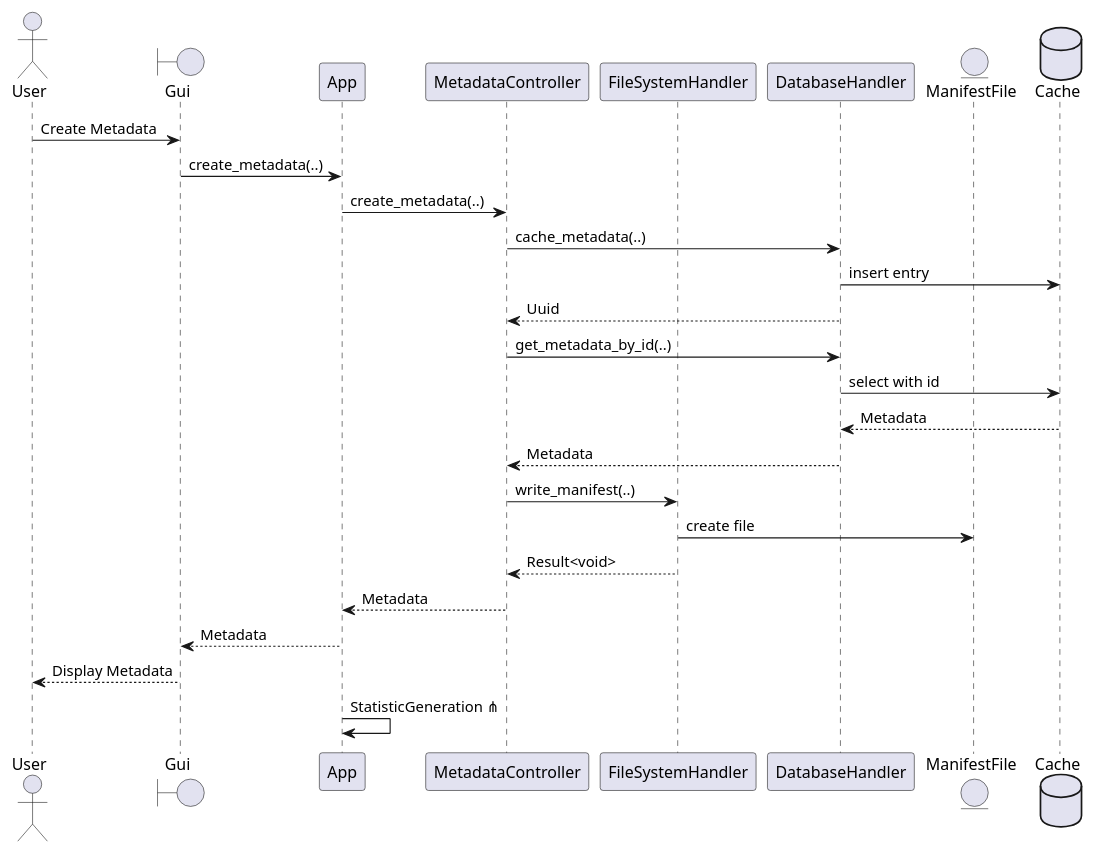
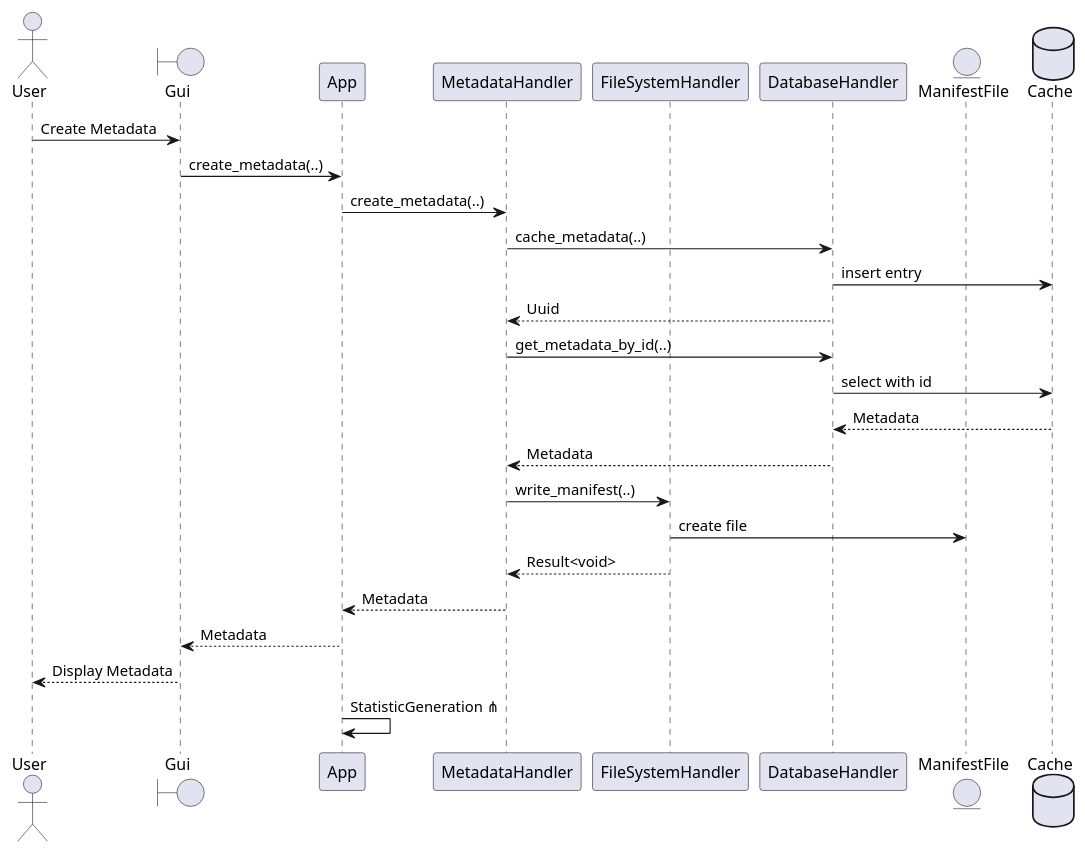
Before and after one commit to SoftwareEngineeringOne/wiki: the third of 10 diagrams in wiki/topics/Inkremente/04/Grobdesign.md, drawn with PlantUML. The commit also changed other lines of this file, not shown here.

Commit message:
Add modules to Class Diagramm

````diff
--- a/wiki/topics/Inkremente/04/Grobdesign.md
+++ b/wiki/topics/Inkremente/04/Grobdesign.md
@@ -286,39 +308,39 @@
 ```plantuml
 @startuml Create Metadata
 actor User
 boundary Gui
 participant App
-participant MetadataController
+participant MetadataHandler
 participant FileSystemHandler
 participant DatabaseHandler
 entity ManifestFile
 database Cache
 
 User -> Gui : Create Metadata
 Gui -> App: create_metadata(..)
 
-App -> MetadataController: create_metadata(..)
+App -> MetadataHandler: create_metadata(..)
 ' Caching
-MetadataController -> DatabaseHandler : cache_metadata(..)
+MetadataHandler -> DatabaseHandler : cache_metadata(..)
 DatabaseHandler -> Cache : insert entry
-DatabaseHandler --> MetadataController : Uuid
-MetadataController -> DatabaseHandler : get_metadata_by_id(..)
+DatabaseHandler --> MetadataHandler : Uuid
+MetadataHandler -> DatabaseHandler : get_metadata_by_id(..)
 DatabaseHandler -> Cache : select with id
 Cache --> DatabaseHandler : Metadata
-DatabaseHandler --> MetadataController : Metadata
+DatabaseHandler --> MetadataHandler : Metadata
 
-MetadataController -> FileSystemHandler : write_manifest(..)
+MetadataHandler -> FileSystemHandler : write_manifest(..)
 FileSystemHandler -> ManifestFile : create file
-FileSystemHandler --> MetadataController: Result<void>
+FileSystemHandler --> MetadataHandler: Result<void>
 
 
-MetadataController --> App : Metadata
+MetadataHandler --> App : Metadata
 App --> Gui : Metadata
 Gui --> User: Display Metadata
 
 App -> App : StatisticGeneration ⋔
 
 
 
 @enduml
 ```
````
